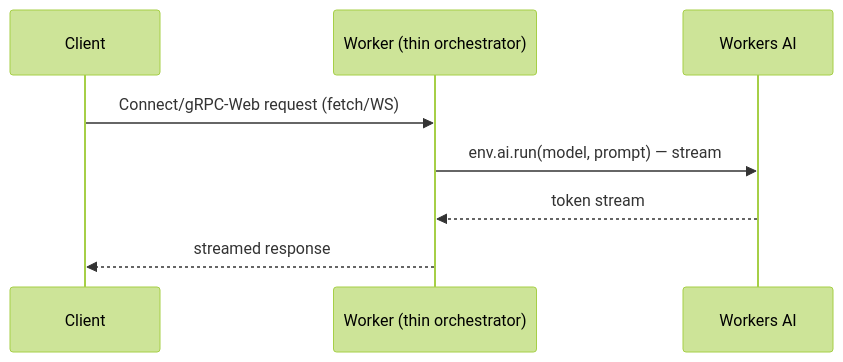
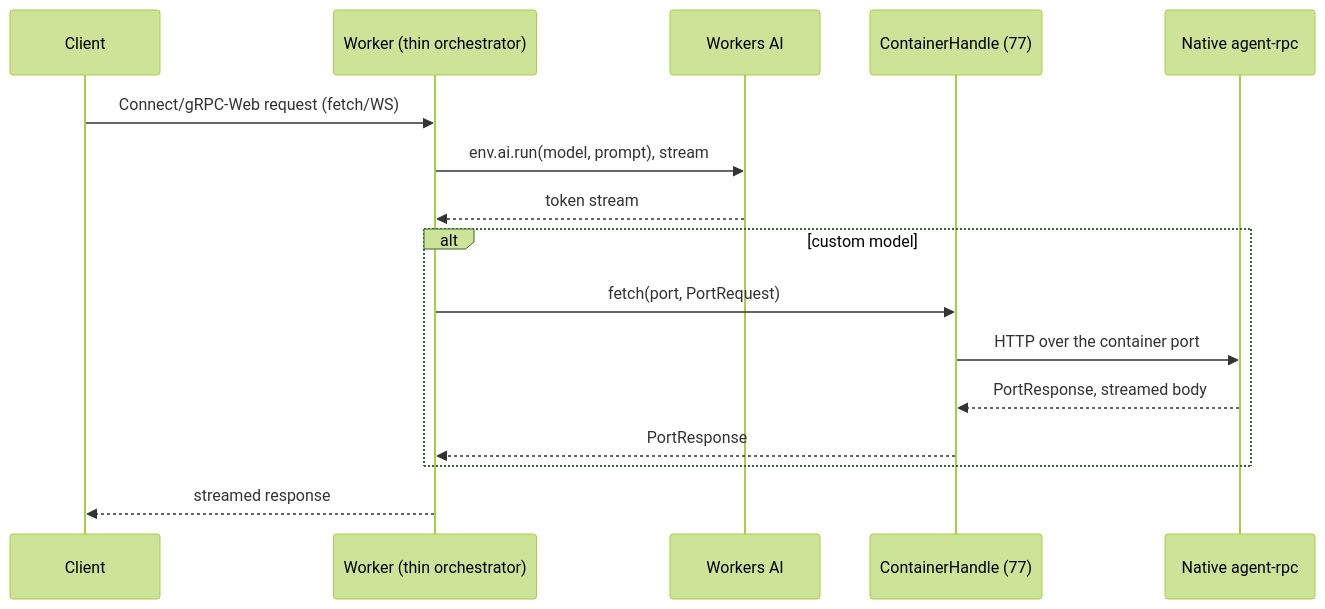
The third of 3 diagrams in specifications/83-agent-rpc-serving-system/features/06-cloudflare/feature.md (ewe-studios/ewe_platform), drawn with Mermaid (forest theme) before and after one commit. The commit also changed other lines of this file and 19 other files, not shown here.

````diff
--- a/specifications/83-agent-rpc-serving-system/features/06-cloudflare/feature.md
+++ b/specifications/83-agent-rpc-serving-system/features/06-cloudflare/feature.md
@@ -191,10 +247,18 @@
 ```mermaid
 sequenceDiagram
     participant C as Client
     participant W as Worker (thin orchestrator)
     participant A as Workers AI
+    participant S as ContainerHandle (77)
+    participant N as Native agent-rpc
     C->>W: Connect/gRPC-Web request (fetch/WS)
-    W->>A: env.ai.run(model, prompt) — stream
+    W->>A: env.ai.run(model, prompt), stream
     A-->>W: token stream
+    alt custom model
+        W->>S: fetch(port, PortRequest)
+        S->>N: HTTP over the container port
+        N-->>S: PortResponse, streamed body
+        S-->>W: PortResponse
+    end
     W-->>C: streamed response
 ```
````
